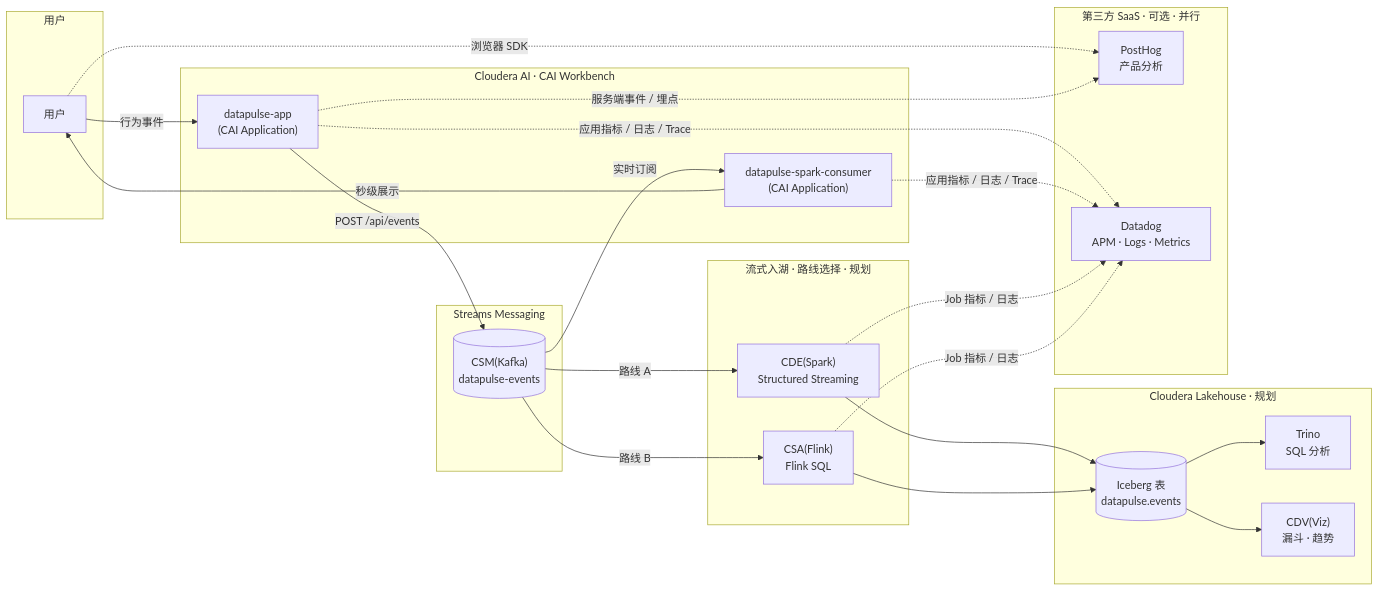
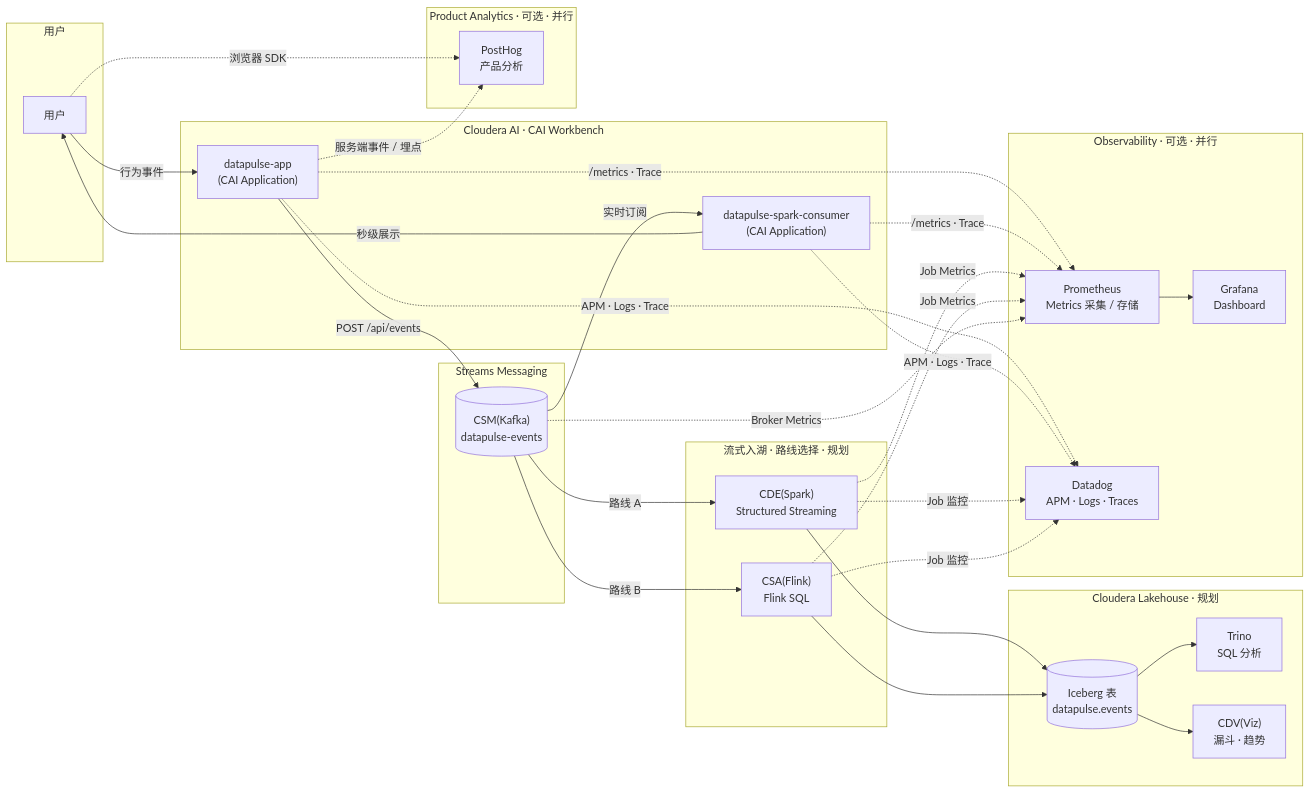
The diagram in README.md (will-sh/datapulse), drawn with Mermaid before and after one commit. The commit also changed other lines of this file, not shown here.

Commit message:
docs: add Observability module with Prometheus, Grafana, and Datadog

````diff
--- a/README.md
+++ b/README.md
@@ -9,50 +9,63 @@
 ```mermaid
 flowchart LR
     subgraph UserLayer["用户"]
         User["用户"]
     end
 
     subgraph CAI["Cloudera AI · CAI Workbench"]
         Producer["datapulse-app<br/>(CAI Application)"]
         Consumer["datapulse-spark-consumer<br/>(CAI Application)"]
     end
 
     subgraph CSM["Streams Messaging"]
         Kafka[("CSM(Kafka)<br/>datapulse-events")]
     end
 
     subgraph Ingest["流式入湖 · 路线选择 · 规划"]
         CDE["CDE(Spark)<br/>Structured Streaming"]
         CSA["CSA(Flink)<br/>Flink SQL"]
     end
 
     subgraph Lakehouse["Cloudera Lakehouse · 规划"]
         Table[("Iceberg 表<br/>datapulse.events")]
         Trino["Trino<br/>SQL 分析"]
         CDV["CDV(Viz)<br/>漏斗 · 趋势"]
     end
 
-    subgraph SaaS["第三方 SaaS · 可选 · 并行"]
+    subgraph ProductAnalytics["Product Analytics · 可选 · 并行"]
         PostHog["PostHog<br/>产品分析"]
-        Datadog["Datadog<br/>APM · Logs · Metrics"]
+    end
+
+    subgraph Observability["Observability · 可选 · 并行"]
+        Prometheus["Prometheus<br/>Metrics 采集 / 存储"]
+        Grafana["Grafana<br/>Dashboard"]
+        Datadog["Datadog<br/>APM · Logs · Traces"]
     end
 
     User -->|"行为事件"| Producer
     Producer -->|"POST /api/events"| Kafka
     Kafka -->|"实时订阅"| Consumer
     Consumer -->|"秒级展示"| User
 
     Kafka -->|"路线 A"| CDE
     Kafka -->|"路线 B"| CSA
     CDE --> Table
     CSA --> Table
     Table --> Trino
     Table --> CDV
 
     User -.->|"浏览器 SDK"| PostHog
     Producer -.->|"服务端事件 / 埋点"| PostHog
-    Producer -.->|"应用指标 / 日志 / Trace"| Datadog
-    Consumer -.->|"应用指标 / 日志 / Trace"| Datadog
-    CDE -.->|"Job 指标 / 日志"| Datadog
-    CSA -.->|"Job 指标 / 日志"| Datadog
+
+    Producer -.->|"/metrics · Trace"| Prometheus
+    Consumer -.->|"/metrics · Trace"| Prometheus
+    CDE -.->|"Job Metrics"| Prometheus
+    CSA -.->|"Job Metrics"| Prometheus
+    Kafka -.->|"Broker Metrics"| Prometheus
+    Prometheus --> Grafana
+
+    Producer -.->|"APM · Logs · Trace"| Datadog
+    Consumer -.->|"APM · Logs · Trace"| Datadog
+    CDE -.->|"Job 监控"| Datadog
+    CSA -.->|"Job 监控"| Datadog
 ```
````
